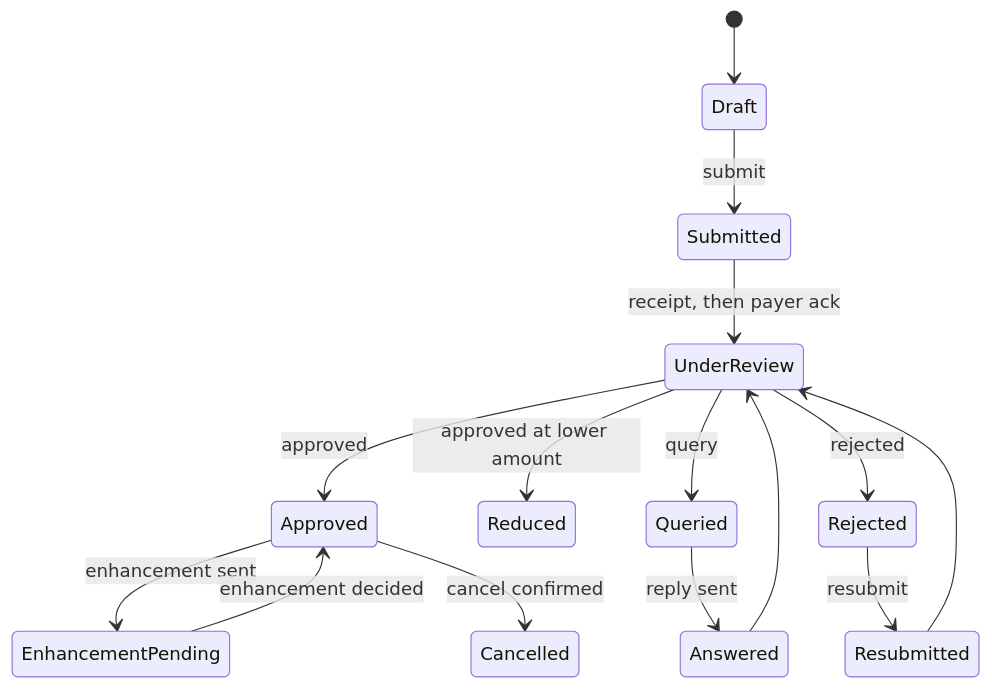
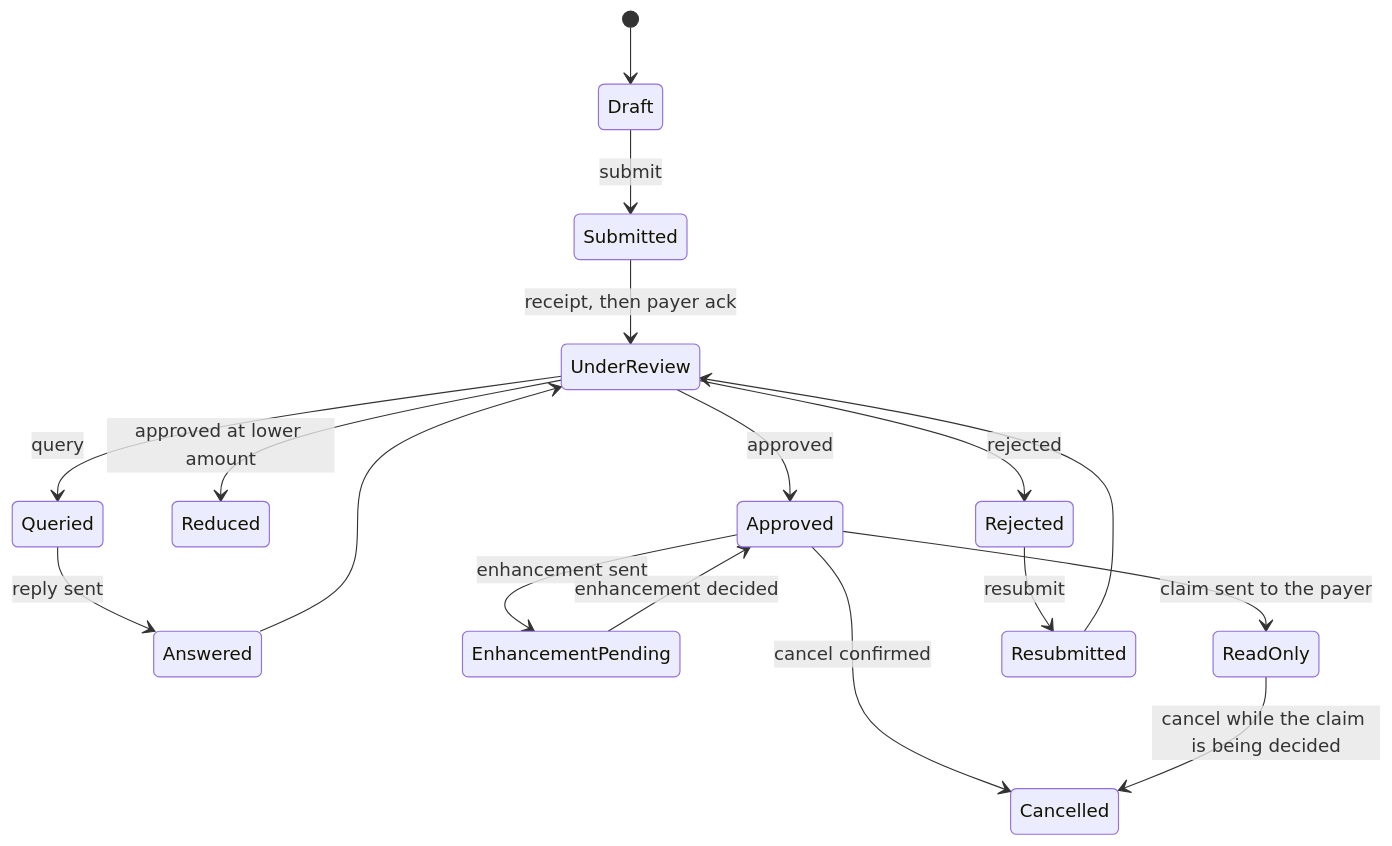
Before and after one commit to nha-in/nhcx-package: the fourth of 6 diagrams in docs/03-Building a Provider/09-UI Guide.md, drawn with Mermaid. The commit also changed other lines of this file and 2377 other files, not shown here.

````diff
--- a/docs/03-Building a Provider/09-UI Guide.md
+++ b/docs/03-Building a Provider/09-UI Guide.md
@@ -117,17 +143,19 @@
 ```mermaid
 stateDiagram-v2
   [*] --> Draft
   Draft --> Submitted: submit
   Submitted --> UnderReview: receipt, then payer ack
   UnderReview --> Approved: approved
   UnderReview --> Reduced: approved at lower amount
   UnderReview --> Queried: query
   UnderReview --> Rejected: rejected
   Queried --> Answered: reply sent
   Answered --> UnderReview
   Approved --> EnhancementPending: enhancement sent
   EnhancementPending --> Approved: enhancement decided
   Approved --> Cancelled: cancel confirmed
+  Approved --> ReadOnly: claim sent to the payer
+  ReadOnly --> Cancelled: cancel while the claim is being decided
   Rejected --> Resubmitted: resubmit
   Resubmitted --> UnderReview
 ```
````
